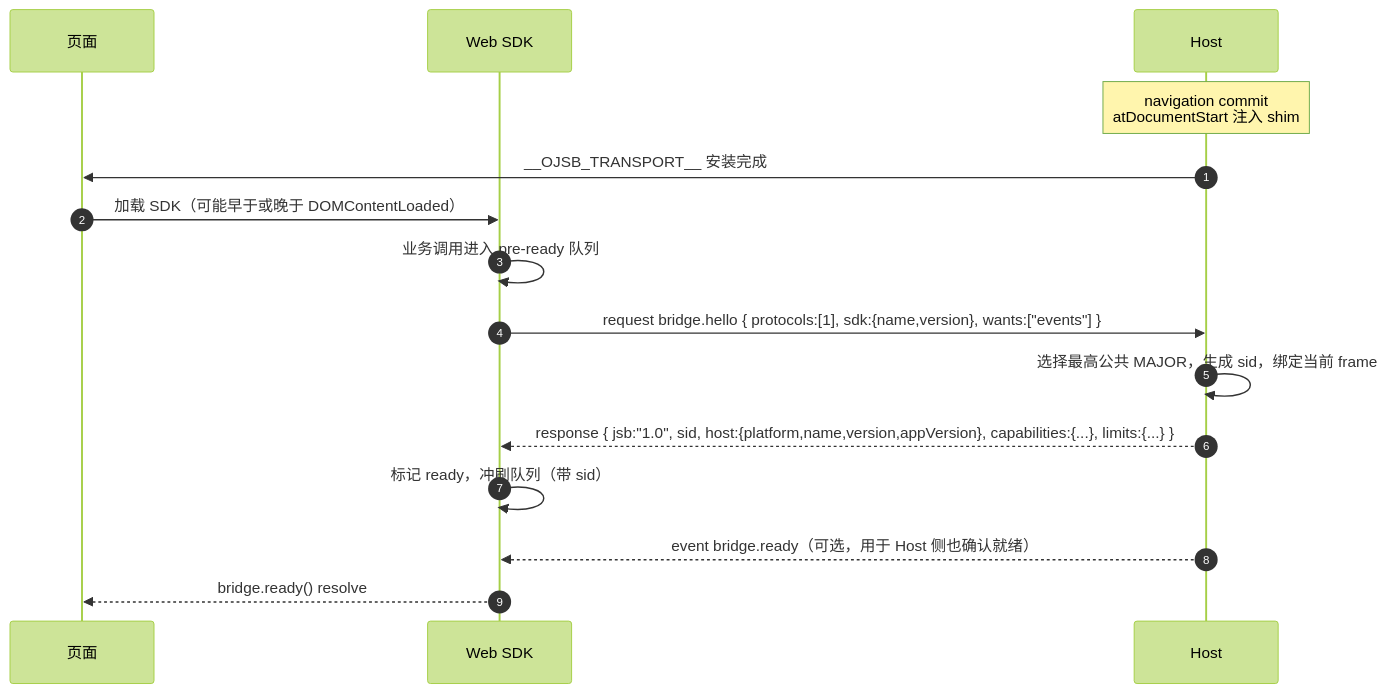
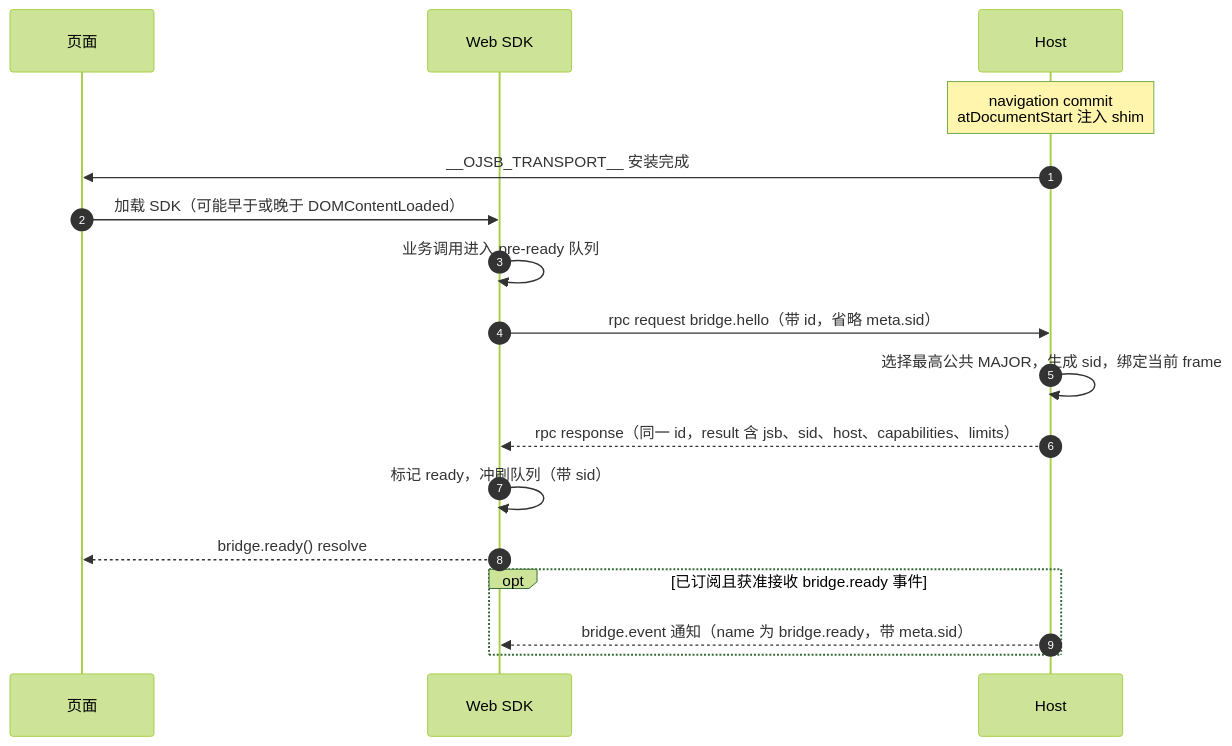
The third of 6 diagrams in docs/protocol.md (Josp3r/open-jsbridge), drawn with Mermaid (forest theme) before and after one commit. The commit also changed other lines of this file and 25 other files, not shown here.

Commit message:
feat: add JSON-RPC protocol and TypeScript bridge core

````diff
--- a/docs/protocol.md
+++ b/docs/protocol.md
@@ -235,17 +246,19 @@
 ```mermaid
 sequenceDiagram
   autonumber
   participant P as 页面
   participant S as Web SDK
   participant H as Host
   Note over H: navigation commit<br/>atDocumentStart 注入 shim
   H->>P: __OJSB_TRANSPORT__ 安装完成
   P->>S: 加载 SDK（可能早于或晚于 DOMContentLoaded）
   S->>S: 业务调用进入 pre-ready 队列
-  S->>H: request bridge.hello { protocols:[1], sdk:{name,version}, wants:["events"] }
+  S->>H: rpc request bridge.hello（带 id，省略 meta.sid）
   H->>H: 选择最高公共 MAJOR，生成 sid，绑定当前 frame
-  H-->>S: response { jsb:"1.0", sid, host:{platform,name,version,appVersion}, capabilities:{...}, limits:{...} }
+  H-->>S: rpc response（同一 id，result 含 jsb、sid、host、capabilities、limits）
   S->>S: 标记 ready，冲刷队列（带 sid）
-  H-->>S: event bridge.ready（可选，用于 Host 侧也确认就绪）
   S-->>P: bridge.ready() resolve
+  opt 已订阅且获准接收 bridge.ready 事件
+    H-->>S: bridge.event 通知（name 为 bridge.ready，带 meta.sid）
+  end
 ```
````
